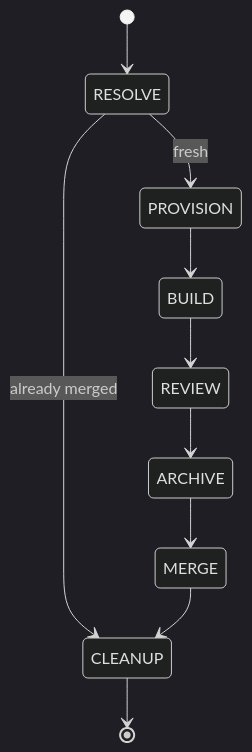
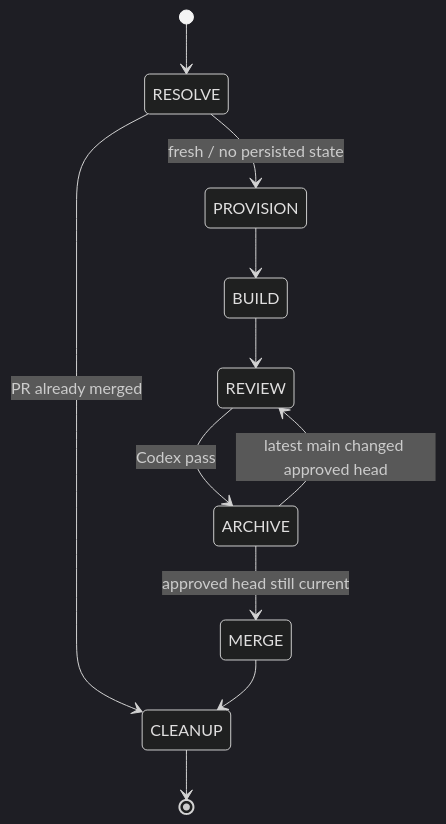
One commit to 1yx/spec-codex-loop changed the first of 2 diagrams in README.md. Above: the diagram before and after it, drawn with Mermaid (dark theme). The commit also changed other lines of this file and 12 other files, not shown here.

````diff
--- a/README.md
+++ b/README.md
@@ -33,12 +117,13 @@
 ```mermaid
 stateDiagram-v2
     [*] --> RESOLVE
-    RESOLVE --> PROVISION: fresh
-    RESOLVE --> CLEANUP: already merged
+    RESOLVE --> PROVISION: fresh / no persisted state
+    RESOLVE --> CLEANUP: PR already merged
     PROVISION --> BUILD
     BUILD --> REVIEW
-    REVIEW --> ARCHIVE
-    ARCHIVE --> MERGE
+    REVIEW --> ARCHIVE: Codex pass
+    ARCHIVE --> REVIEW: latest main changed approved head
+    ARCHIVE --> MERGE: approved head still current
     MERGE --> CLEANUP
     CLEANUP --> [*]
 ```
````
